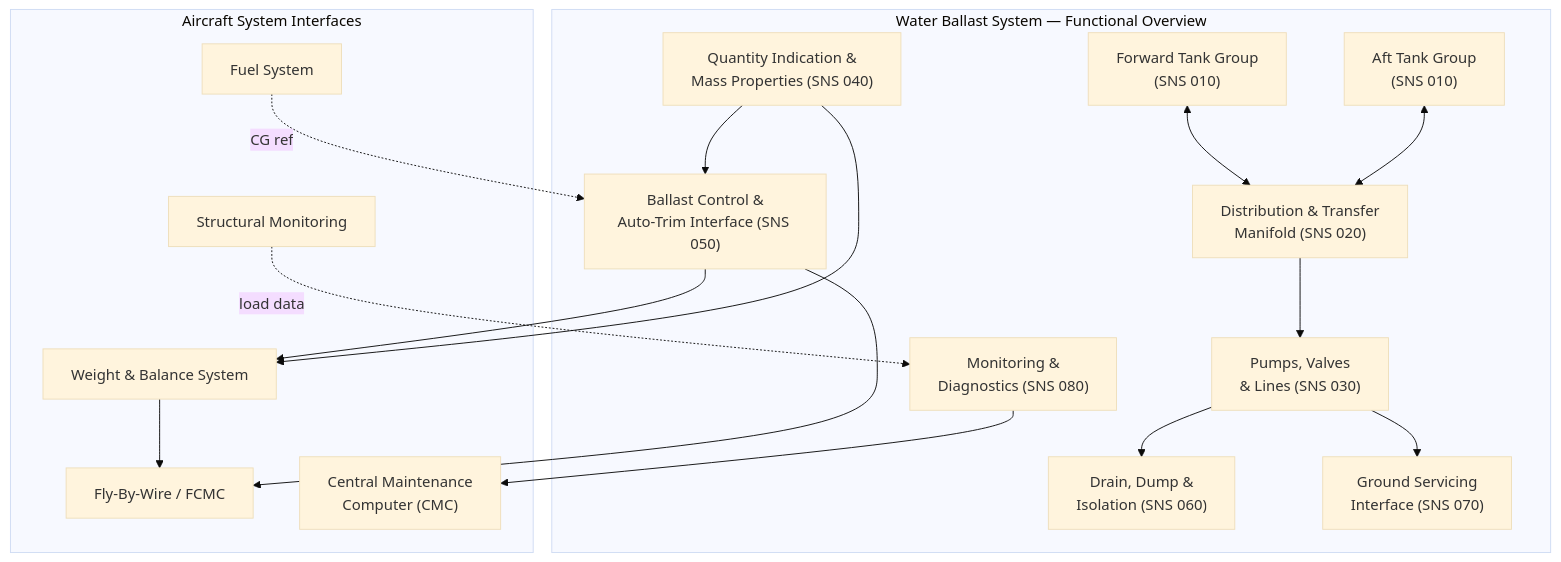
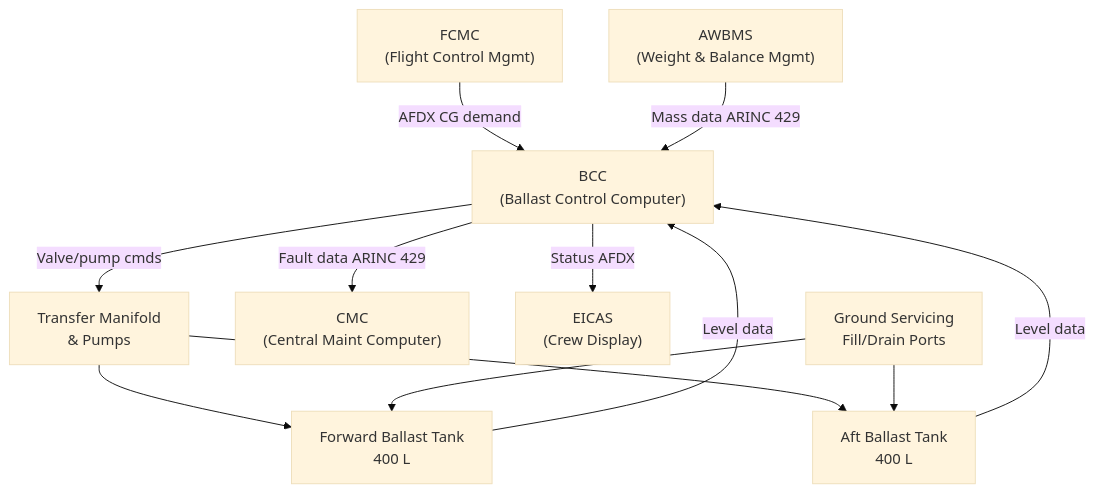
The first of 3 diagrams in Q+ATLANTIDE/000-099_ATLAS/040-049_Avionica-Informacion-y-APU/041_Water-Ballast/041-000-Water-Ballast-General.md (AmedeoPelliccia/Qplus-For-All-Queer-People-and-Quantum), drawn with Mermaid (base theme) before and after one commit. The commit also changed other lines of this file and 9 other files, not shown here.

Commit message:
feat(041): write all 10 Water Ballast section files with full 22-section template

````diff
--- a/Q+ATLANTIDE/000-099_ATLAS/040-049_Avionica-Informacion-y-APU/041_Water-Ballast/041-000-Water-Ballast-General.md
+++ b/Q+ATLANTIDE/000-099_ATLAS/040-049_Avionica-Informacion-y-APU/041_Water-Ballast/041-000-Water-Ballast-General.md
@@ -75,36 +120,33 @@
 ```mermaid
-flowchart TD
-    subgraph WBS["Water Ballast System — Functional Overview"]
-        FT["Forward Tank Group\n(SNS 010)"]
-        AT["Aft Tank Group\n(SNS 010)"]
-        DIST["Distribution & Transfer\nManifold (SNS 020)"]
-        PUMPS["Pumps, Valves\n& Lines (SNS 030)"]
-        QI["Quantity Indication &\nMass Properties (SNS 040)"]
-        CTRL["Ballast Control &\nAuto-Trim Interface (SNS 050)"]
-        DRAIN["Drain, Dump &\nIsolation (SNS 060)"]
-        SVC["Ground Servicing\nInterface (SNS 070)"]
-        MON["Monitoring &\nDiagnostics (SNS 080)"]
-    end
+graph TB
+    FCMC["FCMC
+(Flight Control Mgmt)"]
+    BCC["BCC
+(Ballast Control Computer)"]
+    AWBMS["AWBMS
+(Weight & Balance Mgmt)"]
+    FBT["Forward Ballast Tank
+400 L"]
+    ABT["Aft Ballast Tank
+400 L"]
+    MANIFOLD["Transfer Manifold
+& Pumps"]
+    CMC["CMC
+(Central Maint Computer)"]
+    EICAS["EICAS
+(Crew Display)"]
+    GND["Ground Servicing
+Fill/Drain Ports"]
 
-    subgraph INTERFACES["Aircraft System Interfaces"]
-        FBW["Fly-By-Wire / FCMC"]
-        WB["Weight & Balance System"]
-        CMC["Central Maintenance\nComputer (CMC)"]
-        FUEL["Fuel System"]
-        STRUCT["Structural Monitoring"]
-    end
-
-    FT <--> DIST
-    AT <--> DIST
-    DIST --> PUMPS
-    PUMPS --> DRAIN
-    PUMPS --> SVC
-    QI --> CTRL
-    CTRL --> FBW
-    CTRL --> WB
-    MON --> CMC
-    QI --> WB
-    WB --> FBW
-    FUEL -.->|CG ref| CTRL
-    STRUCT -.->|load data| MON
+    FCMC -->|AFDX CG demand| BCC
+    AWBMS -->|Mass data ARINC 429| BCC
+    BCC -->|Valve/pump cmds| MANIFOLD
+    MANIFOLD --> FBT
+    MANIFOLD --> ABT
+    FBT -->|Level data| BCC
+    ABT -->|Level data| BCC
+    BCC -->|Fault data ARINC 429| CMC
+    BCC -->|Status AFDX| EICAS
+    GND --> FBT
+    GND --> ABT
 ```
````
